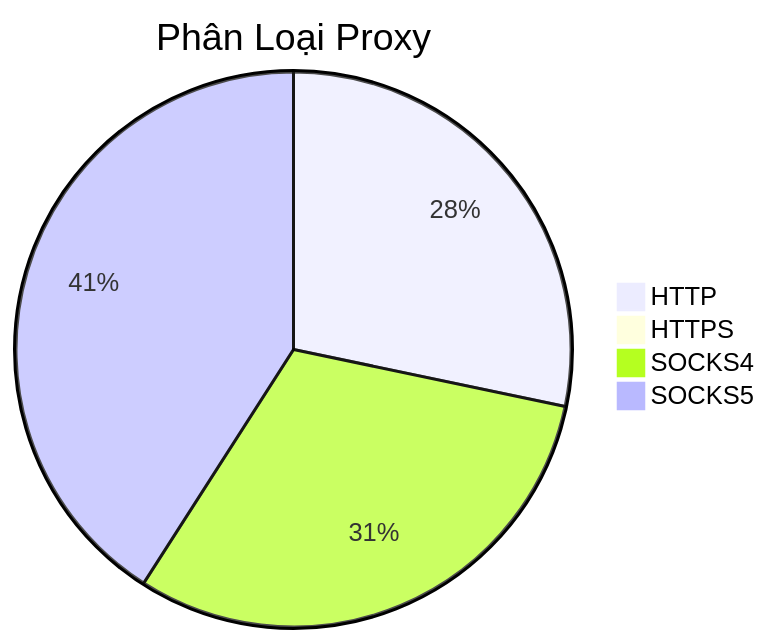
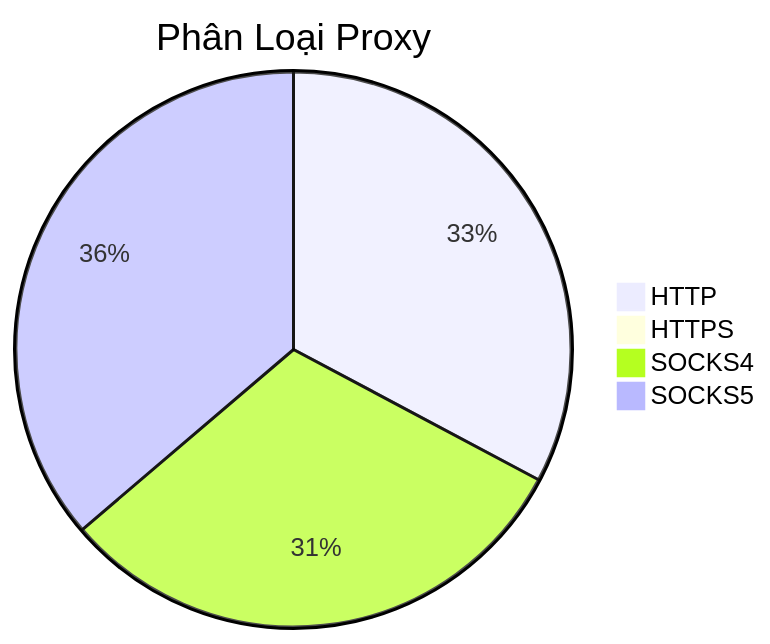
The diagram in README.md (Ciara-12/PROXY-free), drawn with Mermaid before and after one commit. The commit also changed other lines of this file and 3 other files, not shown here.

````diff
--- a/README.md
+++ b/README.md
@@ -26,7 +26,7 @@
 ```mermaid
 pie title Phân Loại Proxy
-    "HTTP" : 477
+    "HTTP" : 493
     "HTTPS" : 0
-    "SOCKS4" : 519
-    "SOCKS5" : 690
+    "SOCKS4" : 466
+    "SOCKS5" : 545
 ```
````
